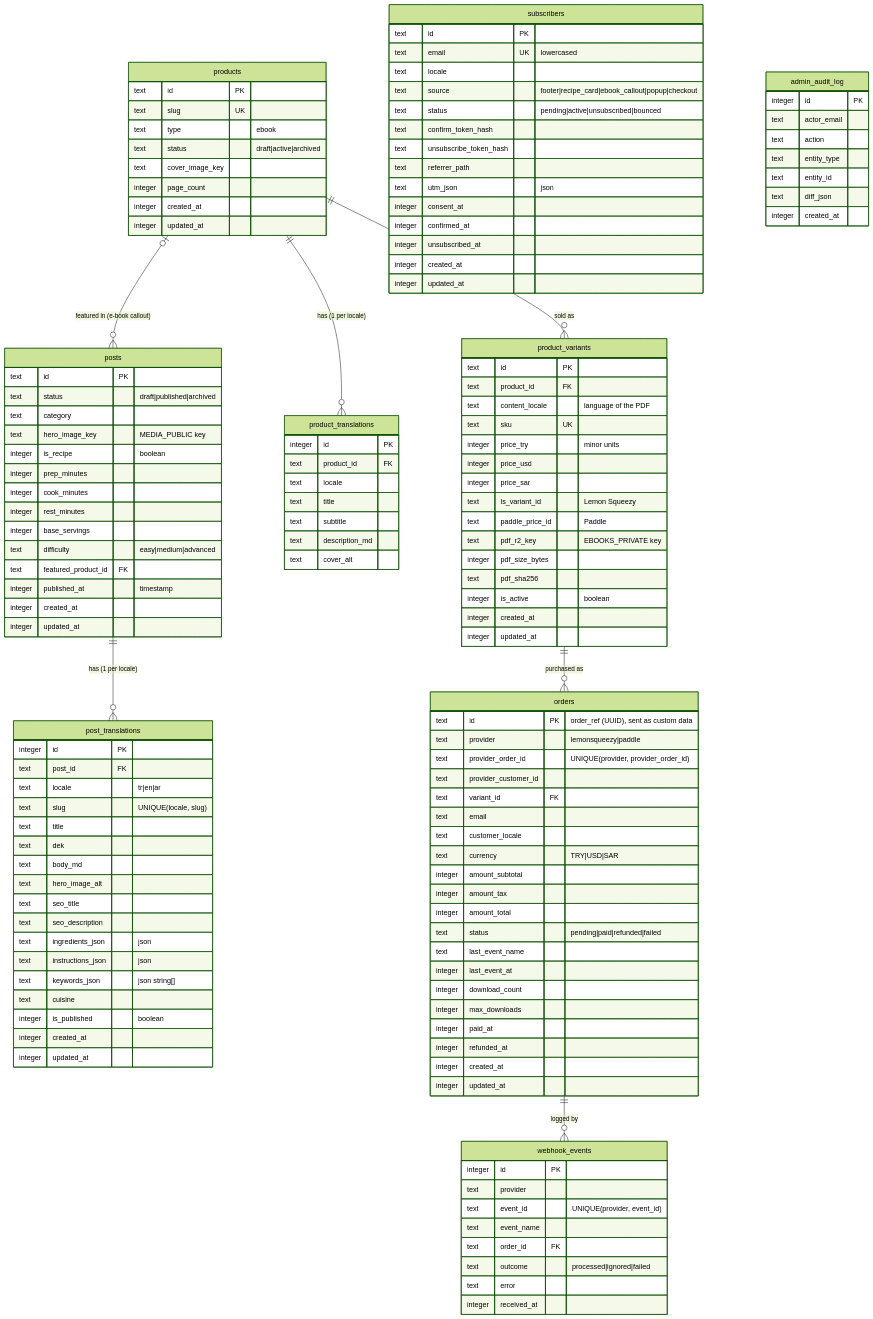
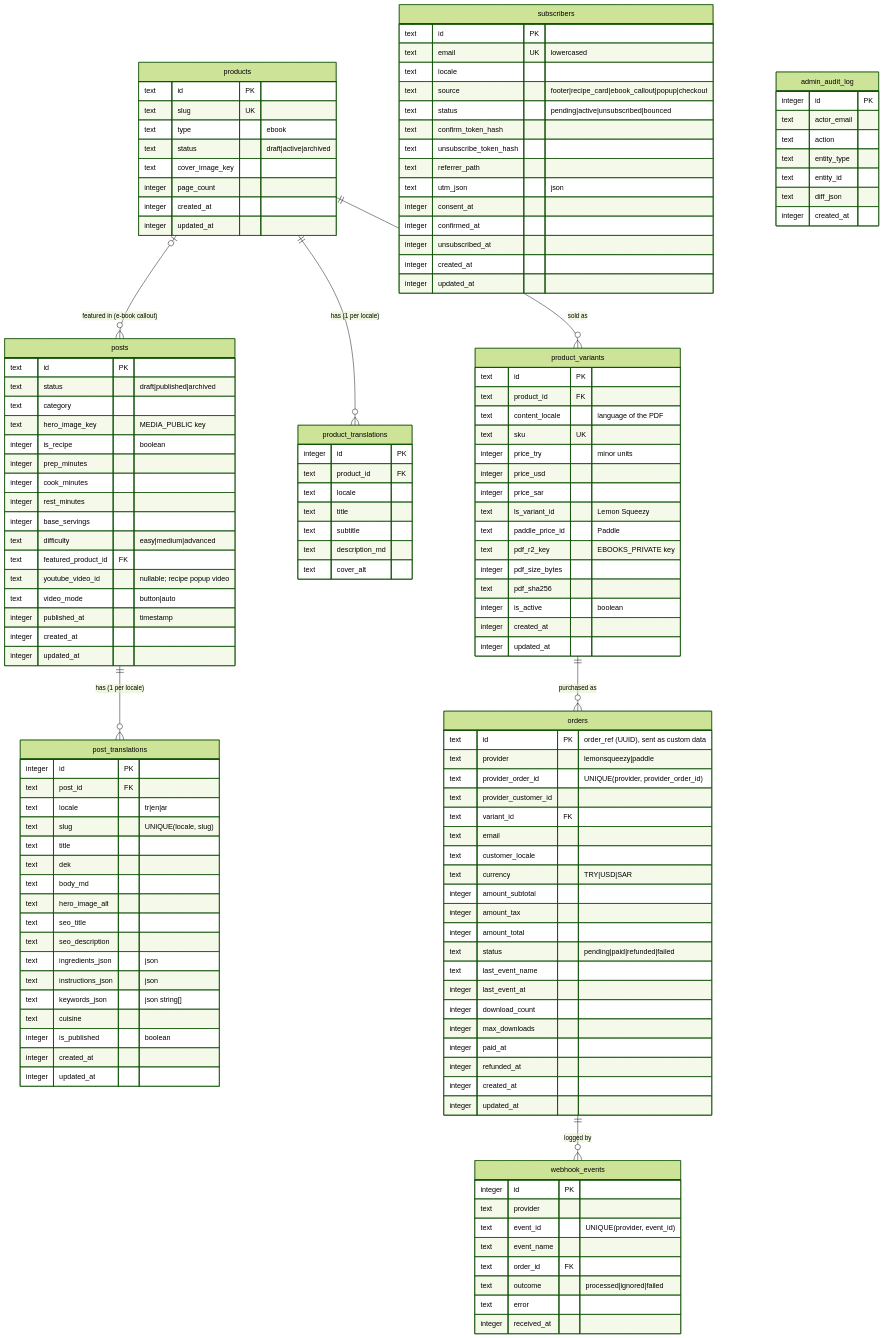
The diagram in docs/architecture/database.md (adnaanyilmaz/naif-mutfak), drawn with Mermaid (forest theme) before and after one commit. The commit also changed other lines of this file and 27 other files, not shown here.

First line of the commit message:
feat(recipe): optional YouTube video popup

```diff
--- a/docs/architecture/database.md
+++ b/docs/architecture/database.md
@@ -39,6 +39,8 @@
     integer base_servings
     text difficulty "easy|medium|advanced"
     text featured_product_id FK
+    text youtube_video_id "nullable; recipe popup video"
+    text video_mode "button|auto"
     integer published_at "timestamp"
     integer created_at
     integer updated_at
```
